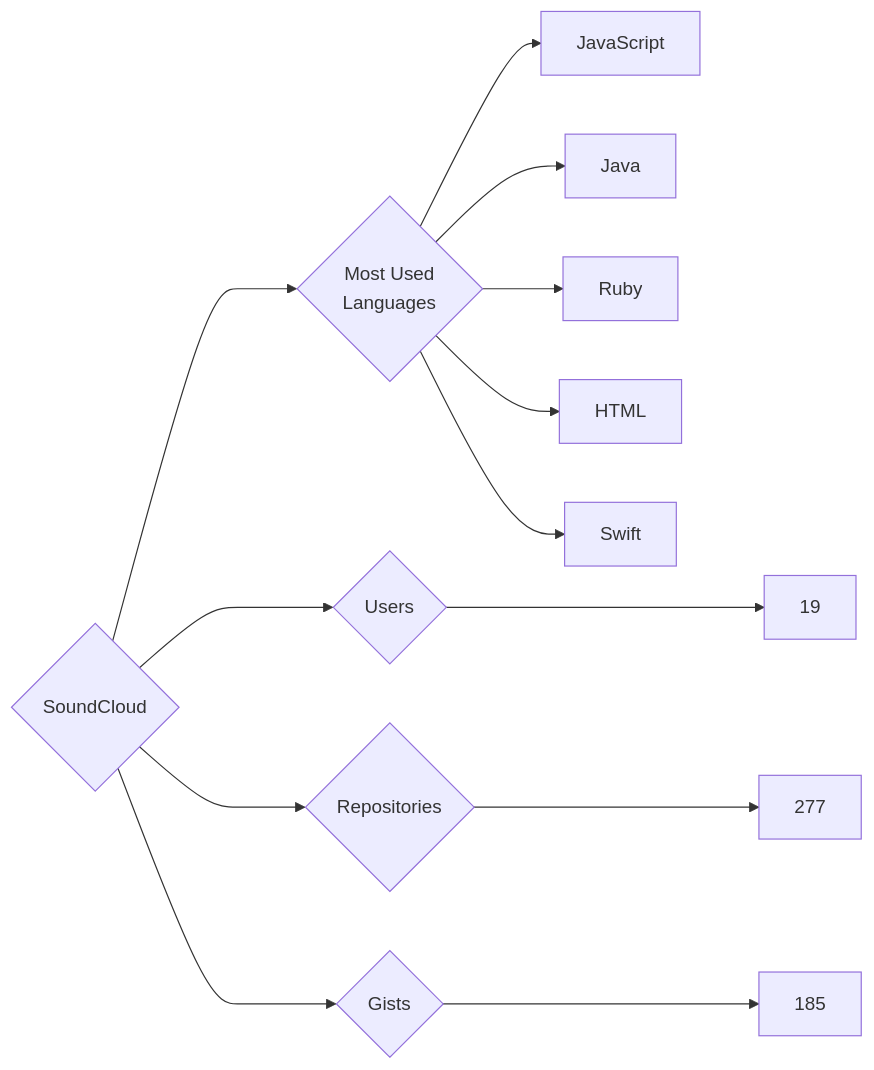
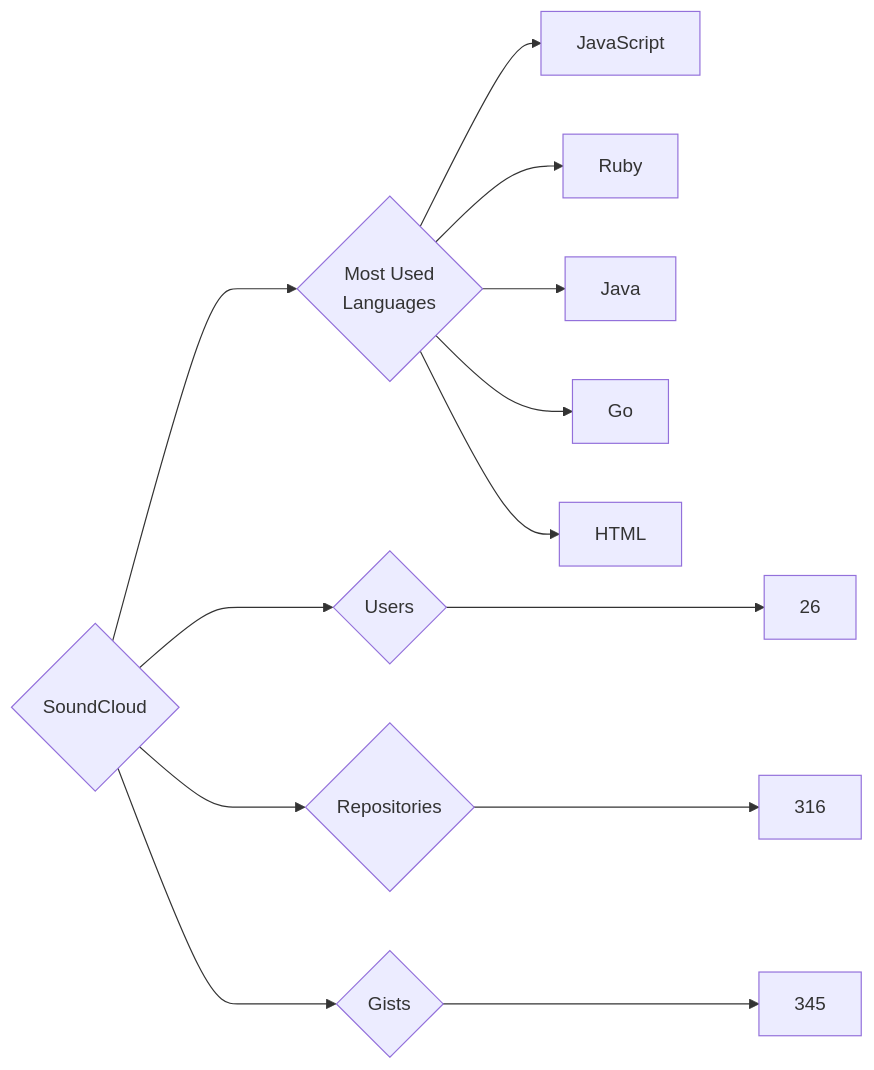
One commit to trickest/insiders changed the diagram in targets/SoundCloud/README.md. Above: the diagram before and after it, drawn with Mermaid. The commit also changed 972 other files, not shown here.

````diff
--- a/targets/SoundCloud/README.md
+++ b/targets/SoundCloud/README.md
@@ -3,13 +3,13 @@
 ```mermaid
 graph LR
 COMPANY_NAME{SoundCloud}
-COMPANY_NAME ---> U{Users} ---> UN[19]
-COMPANY_NAME ---> R{Repositories} ---> RN[277]
-COMPANY_NAME ---> G{Gists} ---> GN[185]
+COMPANY_NAME ---> U{Users} ---> UN[26]
+COMPANY_NAME ---> R{Repositories} ---> RN[316]
+COMPANY_NAME ---> G{Gists} ---> GN[345]
 COMPANY_NAME ---> ML{Most Used<br>Languages}
 ML --> JavaScript[JavaScript]
+ML --> Ruby[Ruby]
 ML --> Java[Java]
-ML --> Ruby[Ruby]
+ML --> Go[Go]
 ML --> HTML[HTML]
-ML --> Swift[Swift]
 ```
````
